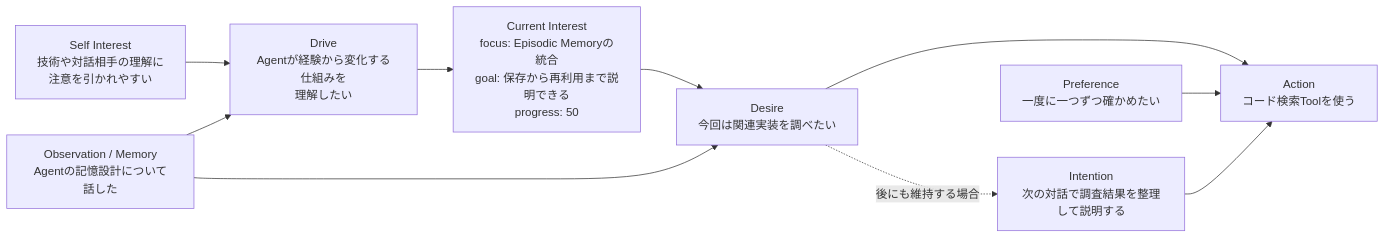
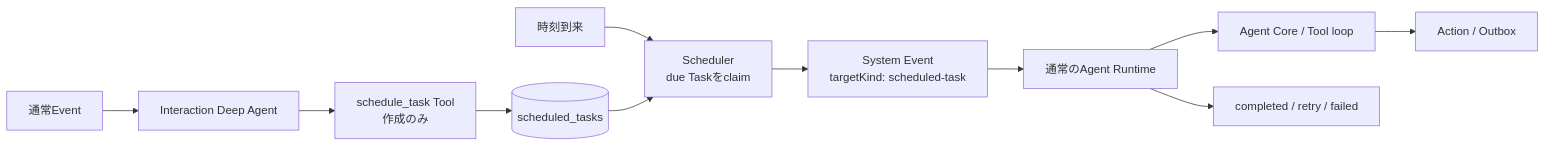
Before and after one commit to if001/social_agent: the fourth of 5 diagrams in docs/AGENT_MOTIVATION_MODEL.md, drawn with Mermaid. The commit also changed other lines of this file and 11 other files, not shown here.

Commit message:
docs: redefine motivation and scheduled tasks

````diff
--- a/docs/AGENT_MOTIVATION_MODEL.md
+++ b/docs/AGENT_MOTIVATION_MODEL.md
@@ -122,21 +125,13 @@
 ```mermaid
 flowchart LR
-    SI["Self Interest<br/>技術や対話相手の理解に<br/>注意を引かれやすい"]
-    O["Observation / Memory<br/>Agentの記憶設計について話した"]
-    D["Drive<br/>Agentが経験から変化する仕組みを<br/>理解したい"]
-    CI["Current Interest<br/>focus: Episodic Memoryの統合<br/>goal: 保存から再利用まで説明できる<br/>progress: 50"]
-    DES["Desire<br/>今回は関連実装を調べたい"]
-    ACT["Action<br/>コード検索Toolを使う"]
-    INT["Intention<br/>次の対話で調査結果を整理して説明する"]
-    PREF["Preference<br/>一度に一つずつ確かめたい"]
-
-    SI --> D
-    O --> D
-    D --> CI
-    CI --> DES
-    O --> DES
-    DES --> ACT
-    PREF --> ACT
-    DES -. "後にも維持する場合" .-> INT
-    INT --> ACT
+    E["通常Event"] --> CORE["Interaction Deep Agent"]
+    CORE --> CREATE["schedule_task Tool<br/>作成のみ"]
+    CREATE --> DB[("scheduled_tasks")]
+    CLOCK["時刻到来"] --> SCHED["Scheduler<br/>due Taskをclaim"]
+    DB --> SCHED
+    SCHED --> SE["System Event<br/>targetKind: scheduled-task"]
+    SE --> RUNTIME["通常のAgent Runtime"]
+    RUNTIME --> AGENT["Agent Core / Tool loop"]
+    AGENT --> OUT["Action / Outbox"]
+    RUNTIME --> STATUS["completed / retry / failed"]
 ```
````
